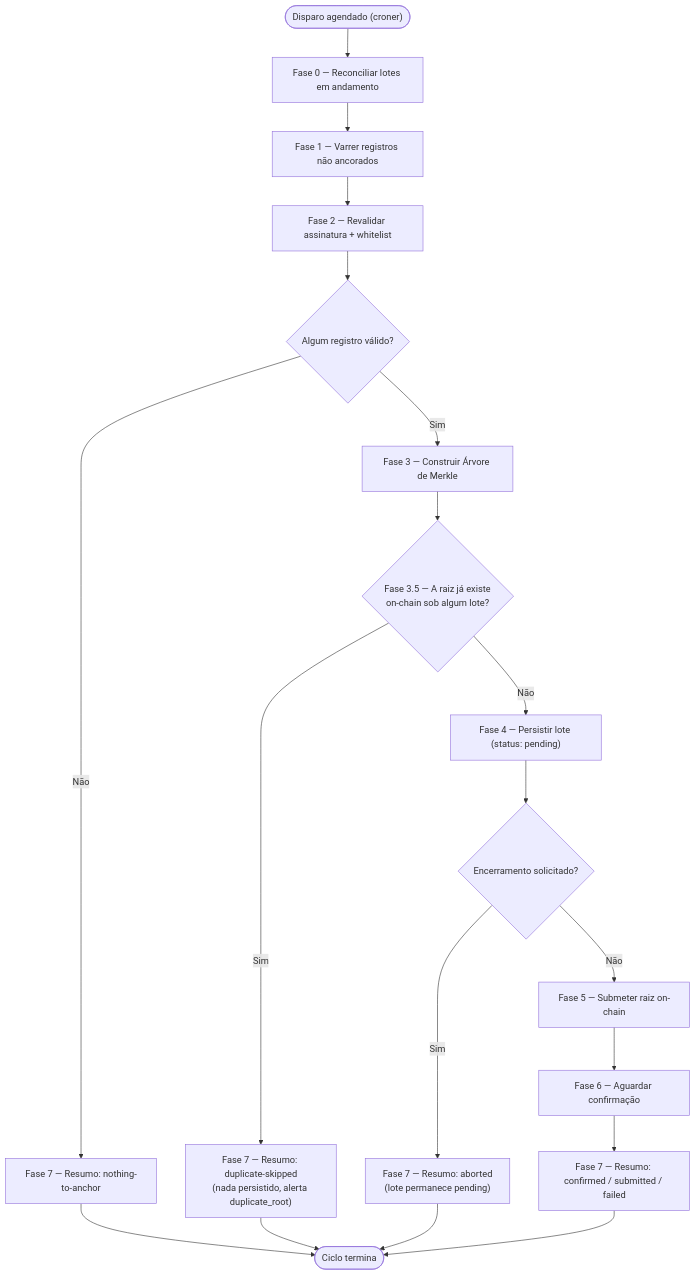
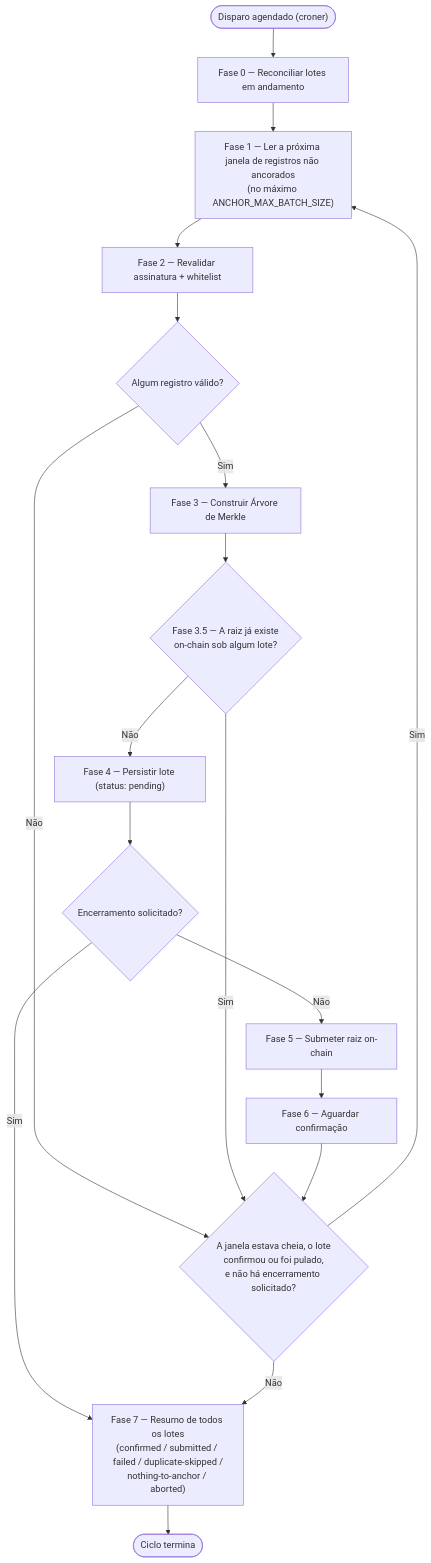
Before and after one commit to DanielCorbellini/madis: the diagram in docs/pt-br/ANCHOR_SERVICE_EXECUTION_CYCLE.md, drawn with Mermaid. The commit also changed other lines of this file and 12 other files, not shown here.

Commit message:
feat(anchor-service): anchor the backlog in batches of at most ANCHOR_MAX_BATCH_SIZE records

````diff
--- a/docs/pt-br/ANCHOR_SERVICE_EXECUTION_CYCLE.md
+++ b/docs/pt-br/ANCHOR_SERVICE_EXECUTION_CYCLE.md
@@ -54,21 +54,20 @@
 ```mermaid
 flowchart TD
     Start(["Disparo agendado (croner)"]) --> P0["Fase 0 — Reconciliar lotes em andamento"]
-    P0 --> P1["Fase 1 — Varrer registros não ancorados"]
+    P0 --> P1["Fase 1 — Ler a próxima janela de registros não ancorados<br/>(no máximo ANCHOR_MAX_BATCH_SIZE)"]
     P1 --> P2["Fase 2 — Revalidar assinatura + whitelist"]
     P2 --> D1{"Algum registro válido?"}
-    D1 -- Não --> S1["Fase 7 — Resumo: nothing-to-anchor"]
+    D1 -- Não --> NEXT
     D1 -- Sim --> P3["Fase 3 — Construir Árvore de Merkle"]
     P3 --> D3{"Fase 3.5 — A raiz já existe<br/>on-chain sob algum lote?"}
-    D3 -- Sim --> S4["Fase 7 — Resumo: duplicate-skipped<br/>(nada persistido, alerta duplicate_root)"]
+    D3 -- Sim --> NEXT
     D3 -- Não --> P4["Fase 4 — Persistir lote (status: pending)"]
     P4 --> D2{"Encerramento solicitado?"}
-    D2 -- Sim --> S2["Fase 7 — Resumo: aborted<br/>(lote permanece pending)"]
+    D2 -- Sim --> S7
     D2 -- Não --> P5["Fase 5 — Submeter raiz on-chain"]
     P5 --> P6["Fase 6 — Aguardar confirmação"]
-    P6 --> S3["Fase 7 — Resumo: confirmed / submitted / failed"]
-    S1 --> End(["Ciclo termina"])
-    S4 --> End
-    S2 --> End
-    S3 --> End
+    P6 --> NEXT{"A janela estava cheia, o lote<br/>confirmou ou foi pulado,<br/>e não há encerramento solicitado?"}
+    NEXT -- Sim --> P1
+    NEXT -- Não --> S7["Fase 7 — Resumo de todos os lotes<br/>(confirmed / submitted / failed / duplicate-skipped /<br/>nothing-to-anchor / aborted)"]
+    S7 --> End(["Ciclo termina"])
 ```
````
